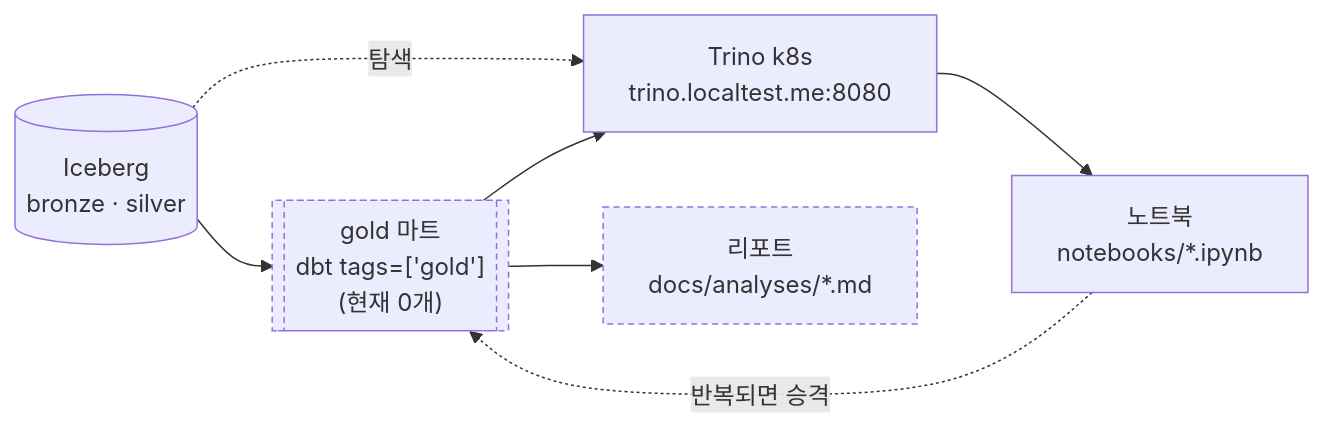
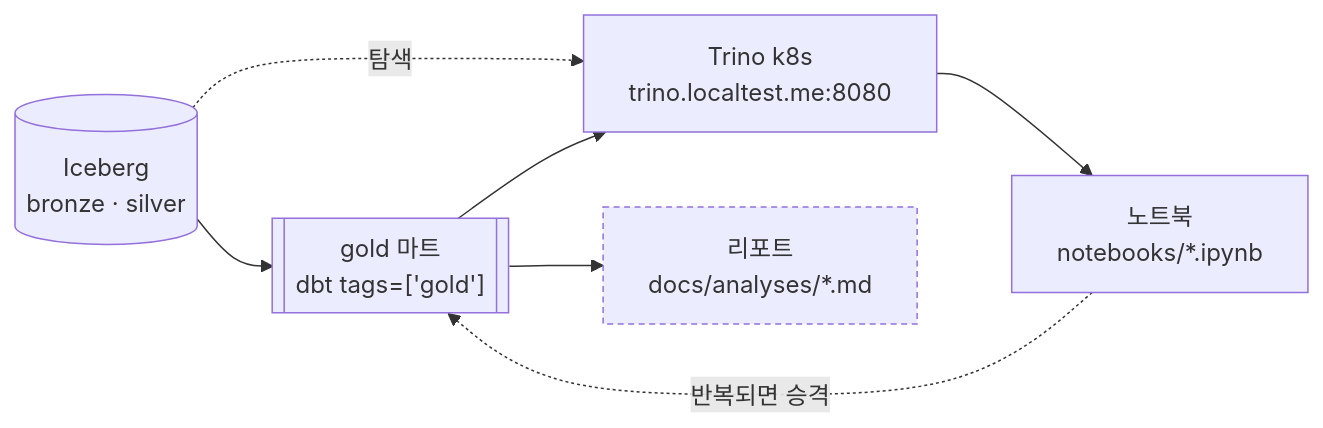
The third of 5 diagrams in docs/architectures/overview.md (Melting-Face/pipeline-study), drawn with Mermaid before and after one commit. The commit also changed other lines of this file and 23 other files, not shown here.

````diff
--- a/docs/architectures/overview.md
+++ b/docs/architectures/overview.md
@@ -81,18 +146,18 @@
 ```mermaid
 flowchart LR
     ICE[(Iceberg<br/>bronze · silver)]
-    GOLD[["gold 마트<br/>dbt tags=['gold']<br/>(현재 0개)"]]
+    GOLD[["gold 마트<br/>dbt tags=['gold']"]]
     SC[Trino k8s<br/>trino.localtest.me:8080]
     NB[노트북<br/>notebooks/*.ipynb]
     RPT[리포트<br/>docs/analyses/*.md]
 
     ICE --> GOLD
     ICE -.탐색.-> SC
     GOLD --> SC
     SC --> NB
     GOLD --> RPT
     NB -.반복되면 승격.-> GOLD
 
     classDef todo stroke-dasharray: 4 3
-    class GOLD,RPT todo
+    class RPT todo
 ```
````
